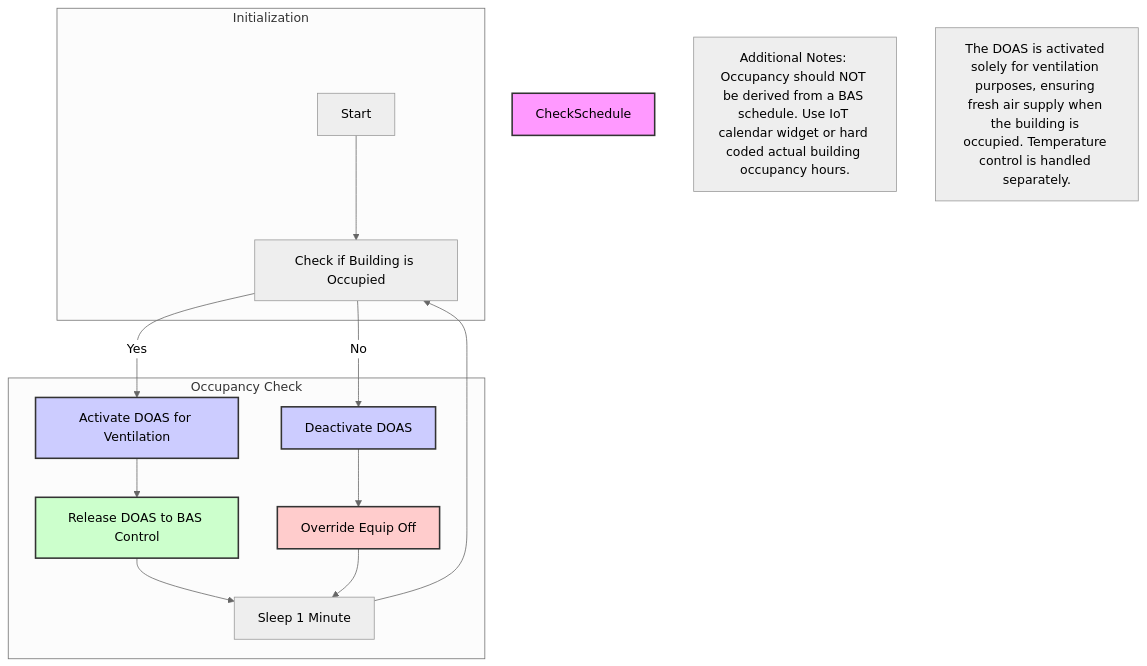
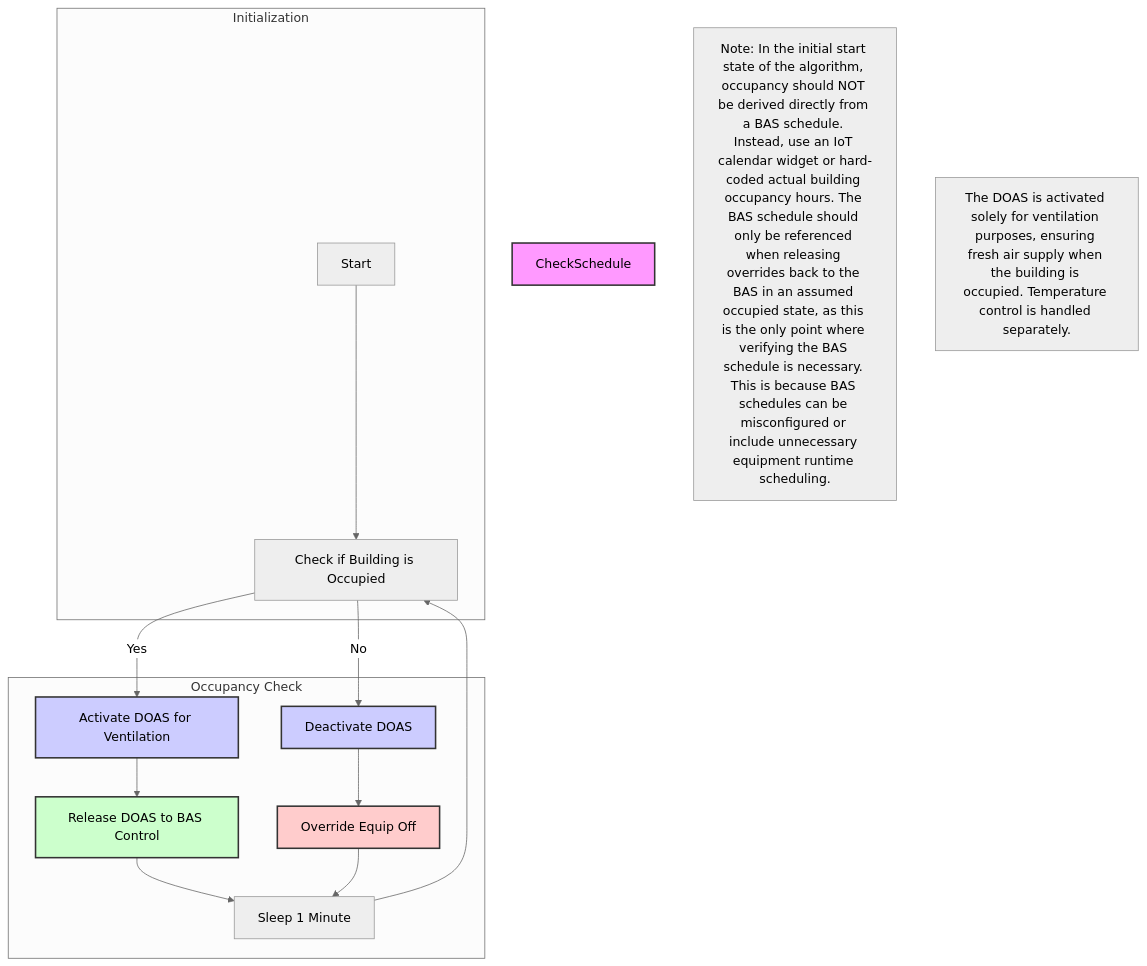
The diagram in DoasStartStop/README.md (bbartling/OptimalStartStopHvac), drawn with Mermaid (neutral theme) before and after one commit. The commit also changed other lines of this file and 4 other files, not shown here.

````diff
--- a/DoasStartStop/README.md
+++ b/DoasStartStop/README.md
@@ -19,32 +19,32 @@
 ```mermaid
 graph TD
 
     subgraph Initialization["Initialization"]
         Start[Start] --> CheckOccupancy["Check if Building is Occupied"]
     end
 
     subgraph OccupancyCheck["Occupancy Check"]
         CheckOccupancy -->|Yes| ActivateDOAS["Activate DOAS for Ventilation"]
         CheckOccupancy -->|No| DeactivateDOAS["Deactivate DOAS"]
         
         ActivateDOAS --> LogActivated["Release DOAS to BAS Control"]
         DeactivateDOAS --> OverrideEquipOff["Override Equip Off"]
         
         LogActivated --> WaitForNextCheck["Sleep 1 Minute"]
         OverrideEquipOff --> WaitForNextCheck["Sleep 1 Minute"]
         
         WaitForNextCheck --> CheckOccupancy
     end
 
    %% Styles for Highlighting
    style CheckSchedule fill:#f9f,stroke:#333,stroke-width:2px
    style ActivateDOAS fill:#ccf,stroke:#333,stroke-width:2px
    style DeactivateDOAS fill:#ccf,stroke:#333,stroke-width:2px
    style OverrideEquipOff fill:#fcc,stroke:#333,stroke-width:2px
    style LogActivated fill:#cfc,stroke:#333,stroke-width:2px
 
    %% Additional Notes for Context
-   Note["Additional Notes: Occupancy should NOT be derived from a BAS schedule. Use IoT calendar widget or hard coded actual building occupancy hours."]
+   Note["Note: In the initial start state of the algorithm, occupancy should NOT be derived directly from a BAS schedule. Instead, use an IoT calendar widget or hard-coded actual building occupancy hours. The BAS schedule should only be referenced when releasing overrides back to the BAS in an assumed occupied state, as this is the only point where verifying the BAS schedule is necessary. This is because BAS schedules can be misconfigured or include unnecessary equipment runtime scheduling."]
    VentilationPurpose["The DOAS is activated solely for ventilation purposes, ensuring fresh air supply when the building is occupied. Temperature control is handled separately."]
 
 ```
````
